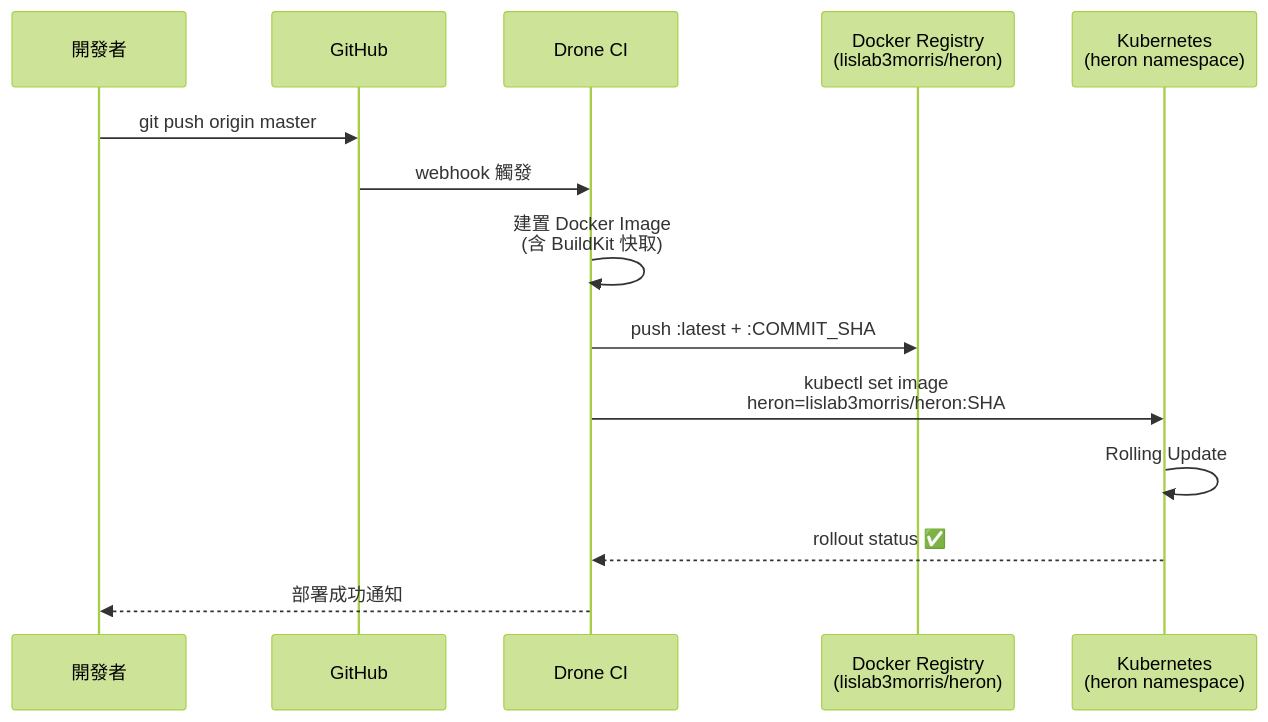
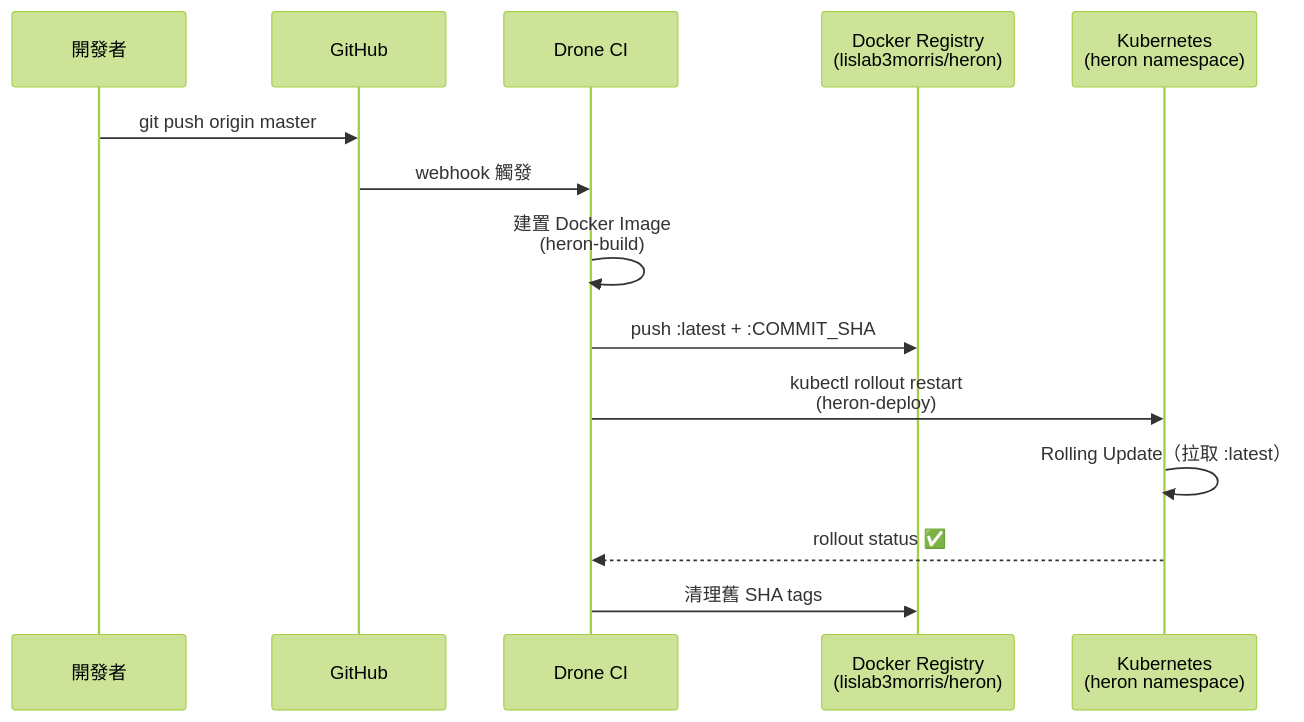
One commit to Lab3-Spotify/heron changed the fourth of 5 diagrams in README.md. Above: the diagram before and after it, drawn with Mermaid (forest theme). The commit also changed other lines of this file, not shown here.

````diff
--- a/README.md
+++ b/README.md
@@ -273,17 +270,17 @@
 ```mermaid
 sequenceDiagram
     participant Dev as 開發者
     participant Git as GitHub
     participant Drone as Drone CI
     participant Registry as Docker Registry<br/>(lislab3morris/heron)
     participant K8s as Kubernetes<br/>(heron namespace)
 
     Dev->>Git: git push origin master
     Git->>Drone: webhook 觸發
-    Drone->>Drone: 建置 Docker Image<br/>(含 BuildKit 快取)
+    Drone->>Drone: 建置 Docker Image<br/>(heron-build)
     Drone->>Registry: push :latest + :COMMIT_SHA
-    Drone->>K8s: kubectl set image<br/>heron=lislab3morris/heron:SHA
-    K8s->>K8s: Rolling Update
+    Drone->>K8s: kubectl rollout restart<br/>(heron-deploy)
+    K8s->>K8s: Rolling Update（拉取 :latest）
     K8s-->>Drone: rollout status ✅
-    Drone-->>Dev: 部署成功通知
+    Drone->>Registry: 清理舊 SHA tags
 ```
````
